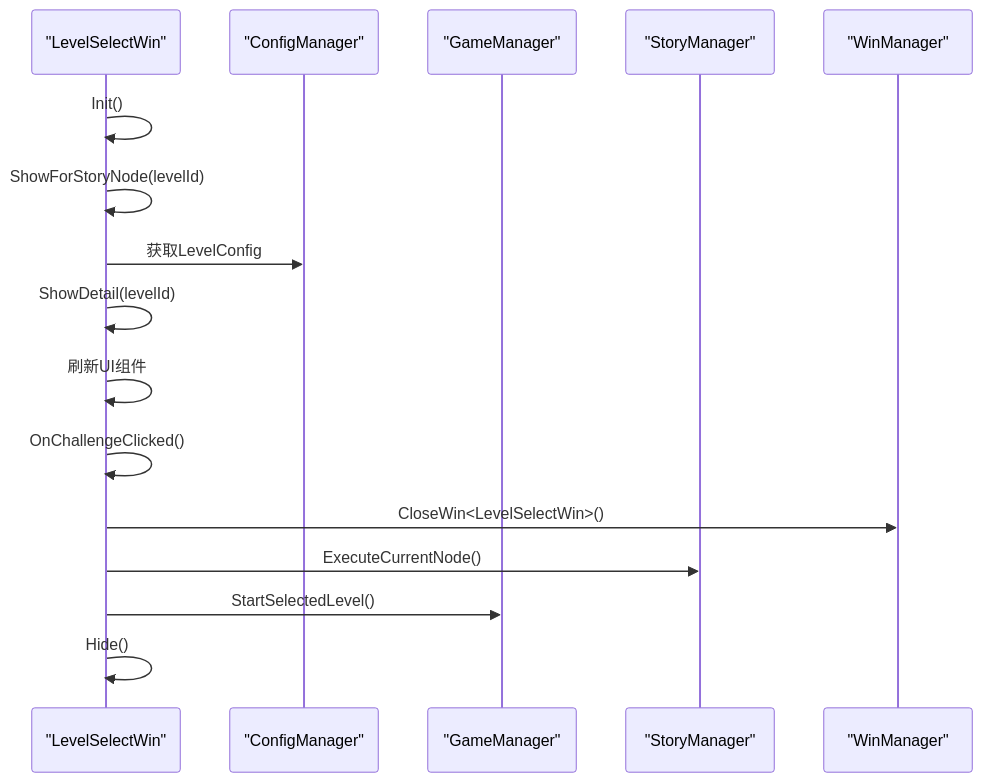
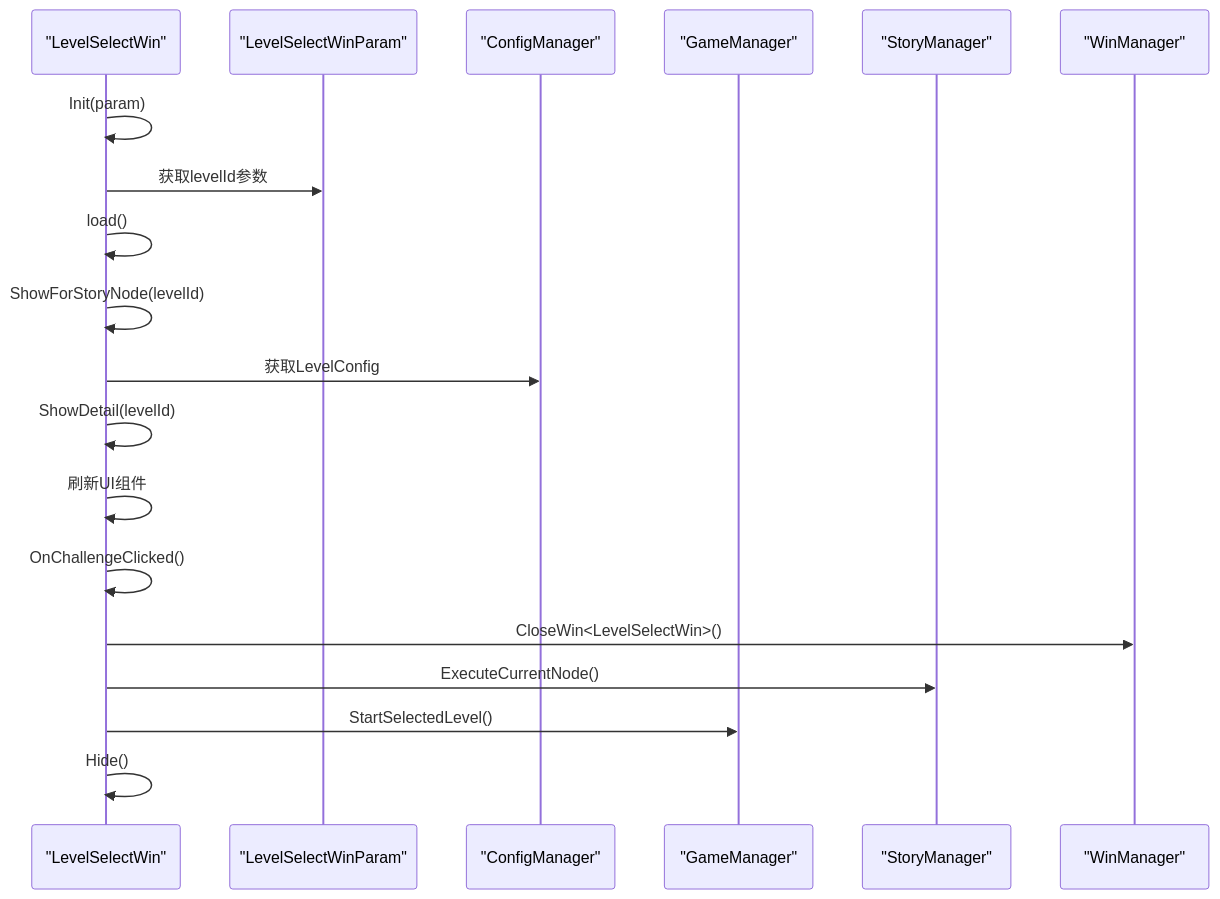
Before and after one commit to Tuusen/p1_client: the fifth of 9 diagrams in .qoder/repowiki/zh/content/用户界面系统/窗口管理系统.md, drawn with Mermaid. The commit also changed other lines of this file and 21 other files, not shown here.

````diff
--- a/.qoder/repowiki/zh/content/用户界面系统/窗口管理系统.md
+++ b/.qoder/repowiki/zh/content/用户界面系统/窗口管理系统.md
@@ -257,18 +280,21 @@
 ```mermaid
 sequenceDiagram
 participant UI as "LevelSelectWin"
+participant Param as "LevelSelectWinParam"
 participant Cfg as "ConfigManager"
 participant GM as "GameManager"
 participant SM as "StoryManager"
 participant WM as "WinManager"
-UI->>UI : Init()
+UI->>UI : Init(param)
+UI->>Param : 获取levelId参数
+UI->>UI : load()
 UI->>UI : ShowForStoryNode(levelId)
 UI->>Cfg : 获取LevelConfig
 UI->>UI : ShowDetail(levelId)
 UI->>UI : 刷新UI组件
 UI->>UI : OnChallengeClicked()
 UI->>WM : CloseWin<LevelSelectWin>()
 UI->>SM : ExecuteCurrentNode()
 UI->>GM : StartSelectedLevel()
 UI->>UI : Hide()
 ```
````
